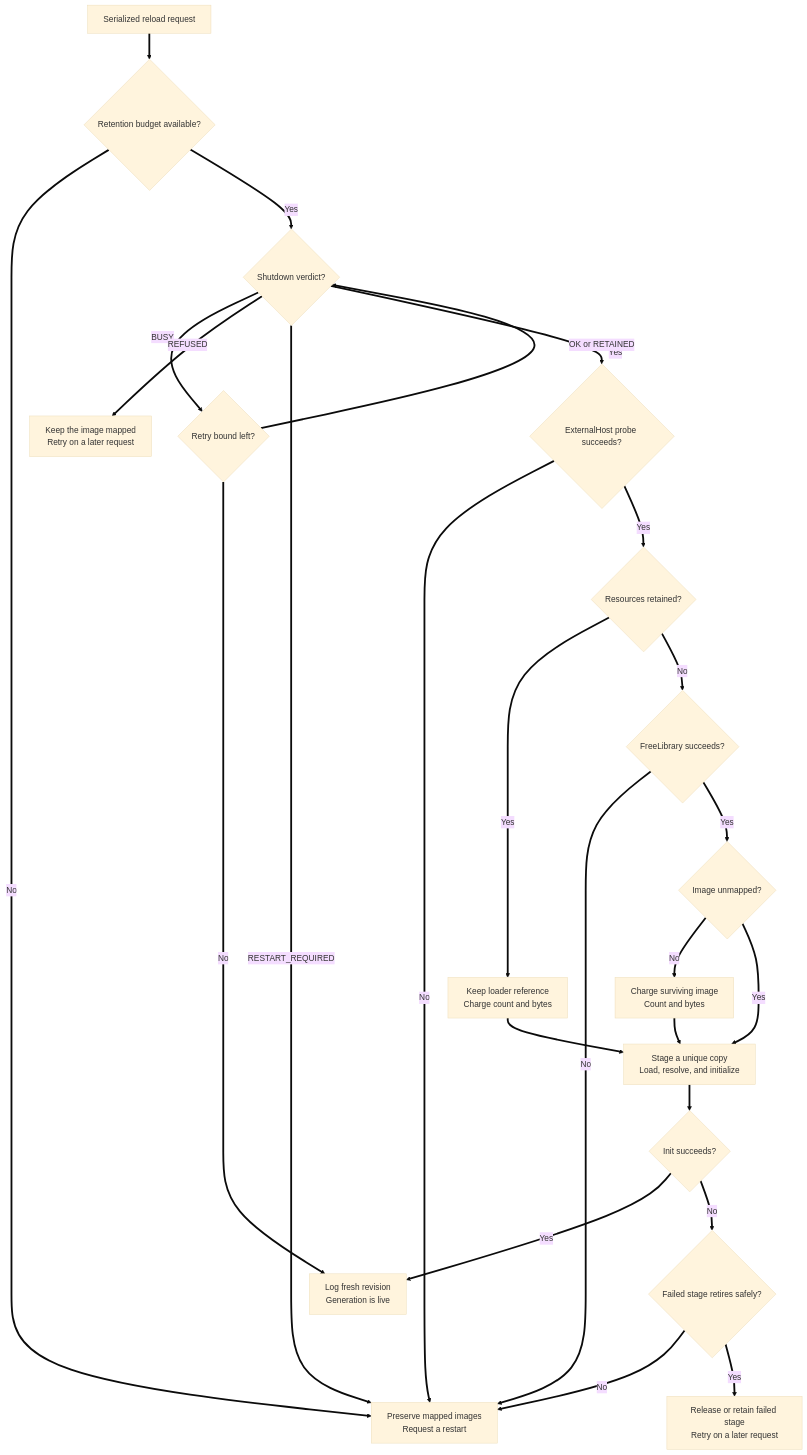
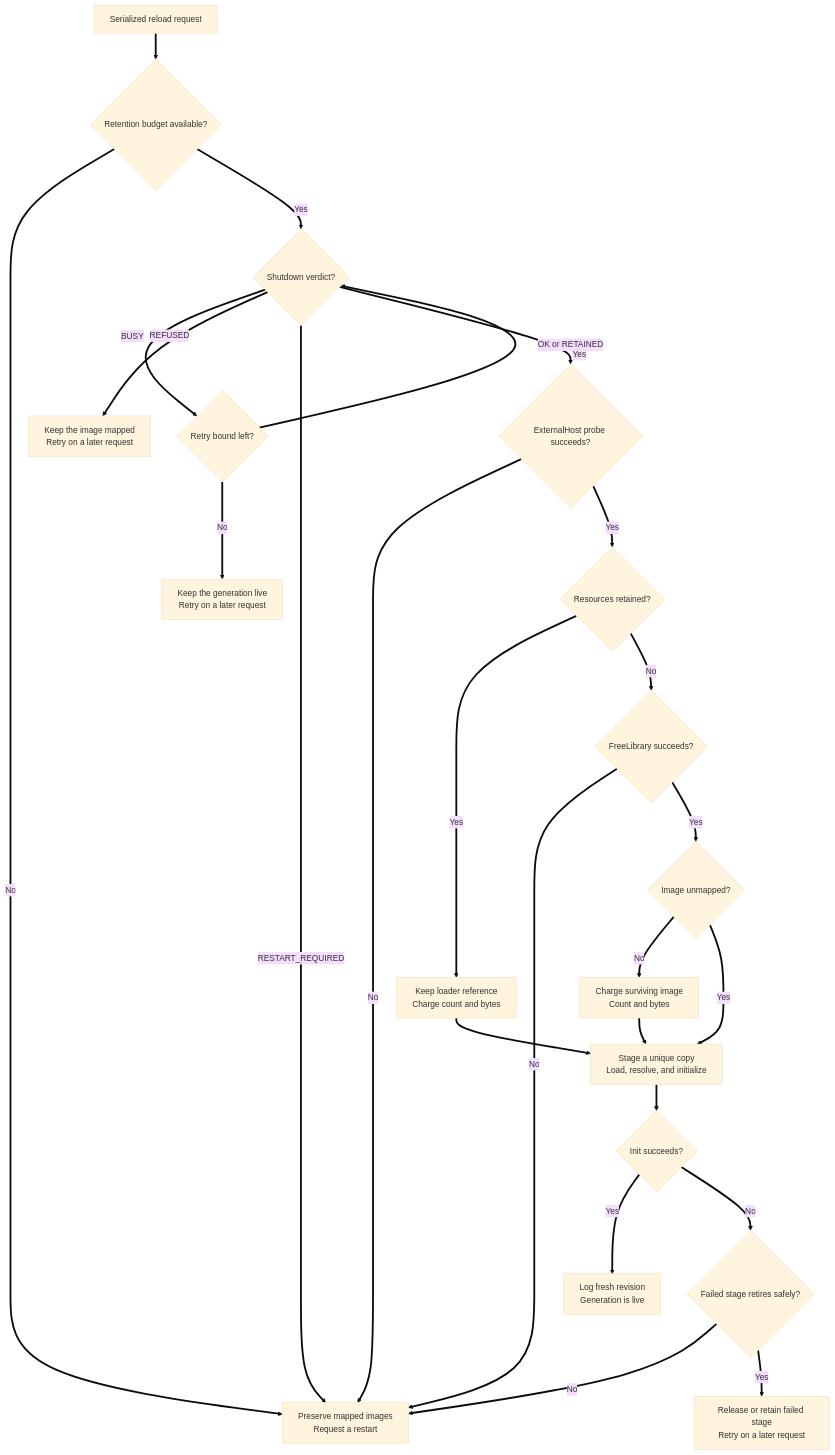
Before and after one commit to tkhquang/DetourModKit: the second of 2 diagrams in docs/guides/hot-reload/README.md, drawn with Mermaid (base theme). The commit also changed 1 other file, not shown here.

Commit message:
docs(hot-reload): give the busy branch its own flowchart node
The BUSY bound branch shared the Live node with the success path, so
Mermaid rendered one node with the success label. The truth-table rows
for the reserved WndprocKeepalive pin and the XInputTarget exemption
now name their reason.

````diff
--- a/docs/guides/hot-reload/README.md
+++ b/docs/guides/hot-reload/README.md
@@ -151,27 +151,27 @@
 ```mermaid
 flowchart TD
     Request["Serialized reload request"] ==> Budget{"Retention budget available?"}
     Budget ==>|No| Restart["Preserve mapped images<br/>Request a restart"]
     Budget ==>|Yes| Shutdown{"Shutdown verdict?"}
     Shutdown ==>|BUSY| Bound{"Retry bound left?"}
     Bound ==>|Yes| Shutdown
-    Bound ==>|No| Live["Keep the generation live<br/>Retry on a later request"]
+    Bound ==>|No| BusyLive["Keep the generation live<br/>Retry on a later request"]
     Shutdown ==>|REFUSED| Mapped["Keep the image mapped<br/>Retry on a later request"]
     Shutdown ==>|RESTART_REQUIRED| Restart
     Shutdown ==>|OK or RETAINED| Lease{"ExternalHost probe succeeds?"}
     Lease ==>|No| Restart
     Lease ==>|Yes| Verdict{"Resources retained?"}
     Verdict ==>|Yes| Retain["Keep loader reference<br/>Charge count and bytes"]
     Verdict ==>|No| Release{"FreeLibrary succeeds?"}
     Release ==>|No| Restart
     Release ==>|Yes| Probe{"Image unmapped?"}
     Probe ==>|No| Account["Charge surviving image<br/>Count and bytes"]
     Probe ==>|Yes| Prepare["Stage a unique copy<br/>Load, resolve, and initialize"]
     Retain ==> Prepare
     Account ==> Prepare
     Prepare ==> Result{"Init succeeds?"}
     Result ==>|Yes| Live["Log fresh revision<br/>Generation is live"]
     Result ==>|No| Cleanup{"Failed stage retires safely?"}
     Cleanup ==>|No| Restart
     Cleanup ==>|Yes| Idle["Release or retain failed stage<br/>Retry on a later request"]
 ```
````
